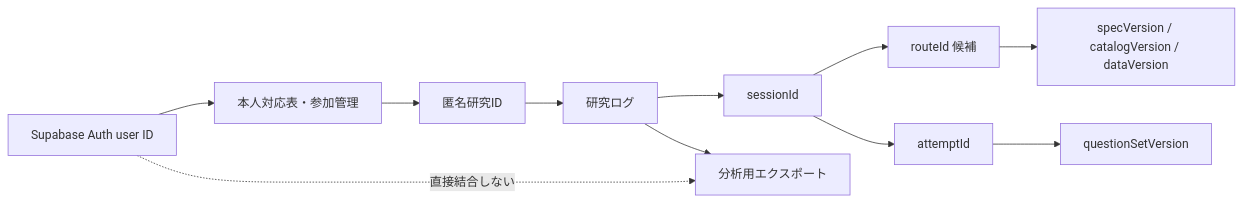
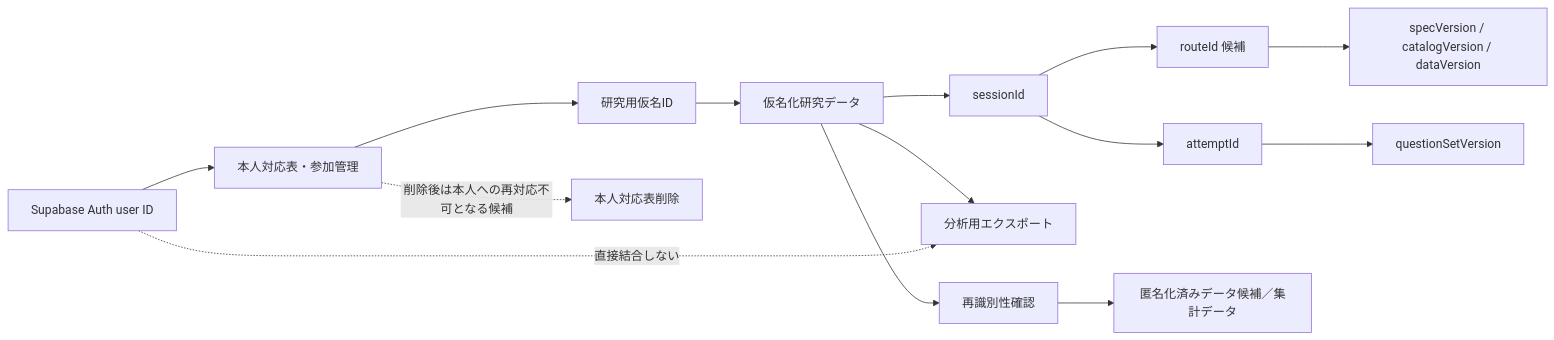
The first of 2 diagrams in docs/operations/research-data-management.md (kai02221514/Weblearningtool), drawn with Mermaid before and after one commit. The commit also changed other lines of this file and 3 other files, not shown here.

````diff
--- a/docs/operations/research-data-management.md
+++ b/docs/operations/research-data-management.md
@@ -108,13 +140,16 @@
 ```mermaid
 flowchart LR
   A["Supabase Auth user ID"] --> B["本人対応表・参加管理"]
-  B --> C["匿名研究ID"]
-  C --> D["研究ログ"]
+  B --> C["研究用仮名ID"]
+  C --> D["仮名化研究データ"]
   D --> E["sessionId"]
   E --> F["routeId 候補"]
   E --> G["attemptId"]
   G --> H["questionSetVersion"]
   F --> I["specVersion / catalogVersion / dataVersion"]
   D --> J["分析用エクスポート"]
+  B -. "削除後は本人への再対応不可となる候補" .-> K["本人対応表削除"]
+  D --> L["再識別性確認"]
+  L --> M["匿名化済みデータ候補／集計データ"]
   A -. "直接結合しない" .-> J
 ```
````
